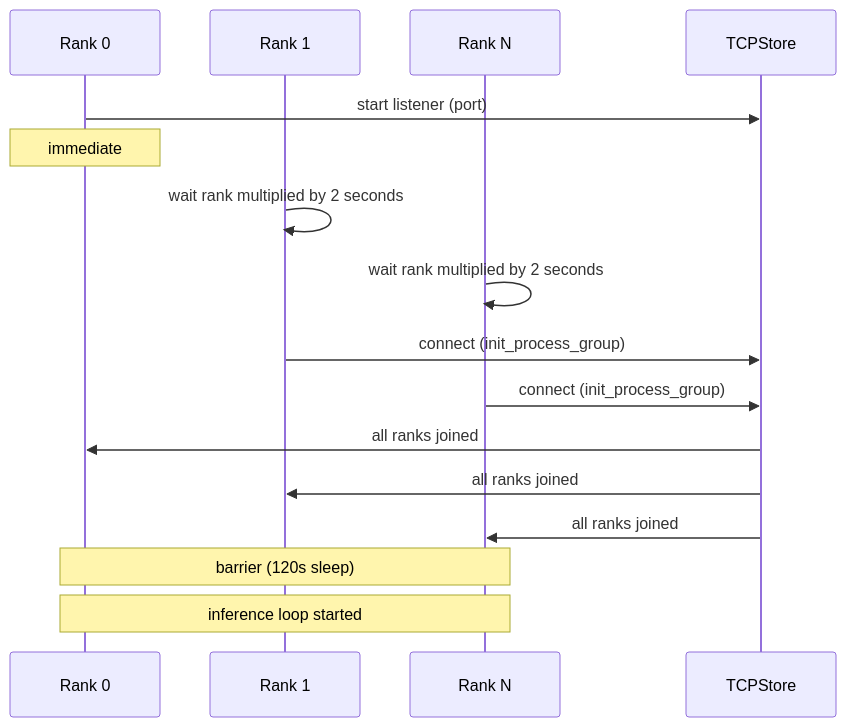
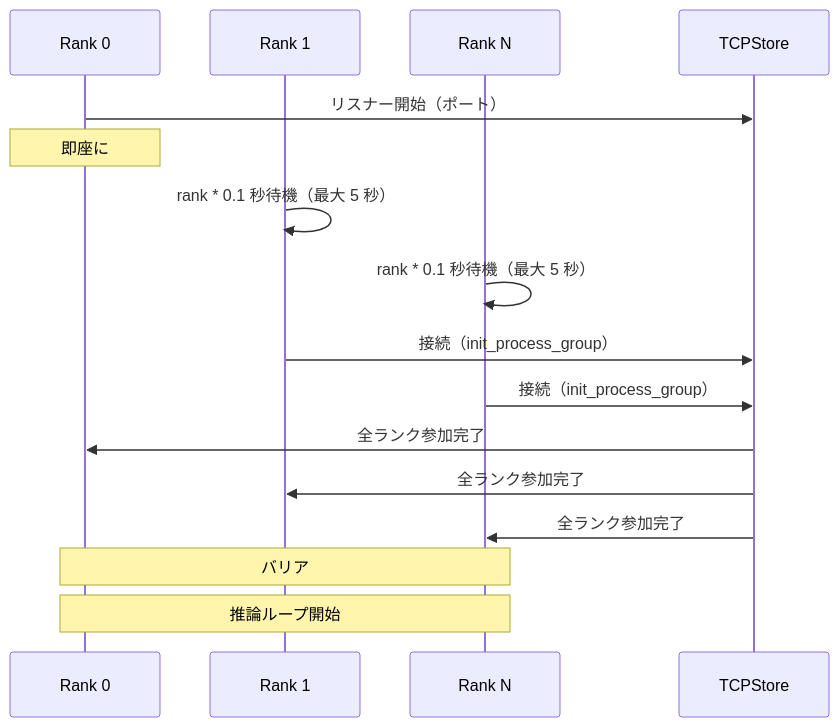
The seventh of 7 diagrams in README.md (babcs2035/distributed-llm), drawn with Mermaid before and after one commit. The commit also changed other lines of this file and 17 other files, not shown here.

````diff
--- a/README.md
+++ b/README.md
@@ -732,23 +813,23 @@
 ```mermaid
 sequenceDiagram
     participant R0 as Rank 0
     participant R1 as Rank 1
     participant RN as Rank N
     participant TS as TCPStore
 
-    R0->>TS: start listener (port)
-    Note over R0: immediate
-    
-    R1->>R1: wait rank multiplied by 2 seconds
-    RN->>RN: wait rank multiplied by 2 seconds
-    
-    R1->>TS: connect (init_process_group)
-    RN->>TS: connect (init_process_group)
-    
-    TS->>R0: all ranks joined
-    TS->>R1: all ranks joined
-    TS->>RN: all ranks joined
-    
-    Note over R0,RN: barrier (120s sleep)
-    Note over R0,RN: inference loop started
+    R0->>TS: リスナー開始（ポート）
+    Note over R0: 即座に
+
+    R1->>R1: rank * 0.1 秒待機（最大 5 秒）
+    RN->>RN: rank * 0.1 秒待機（最大 5 秒）
+
+    R1->>TS: 接続（init_process_group）
+    RN->>TS: 接続（init_process_group）
+
+    TS->>R0: 全ランク参加完了
+    TS->>R1: 全ランク参加完了
+    TS->>RN: 全ランク参加完了
+
+    Note over R0,RN: バリア
+    Note over R0,RN: 推論ループ開始
 ```
````
